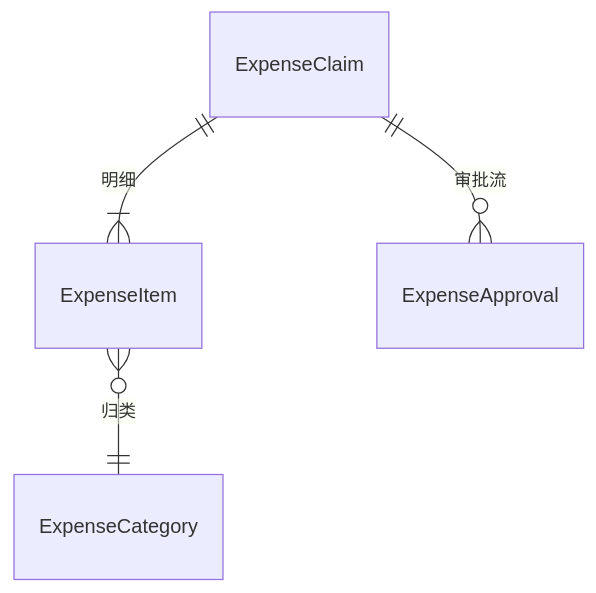
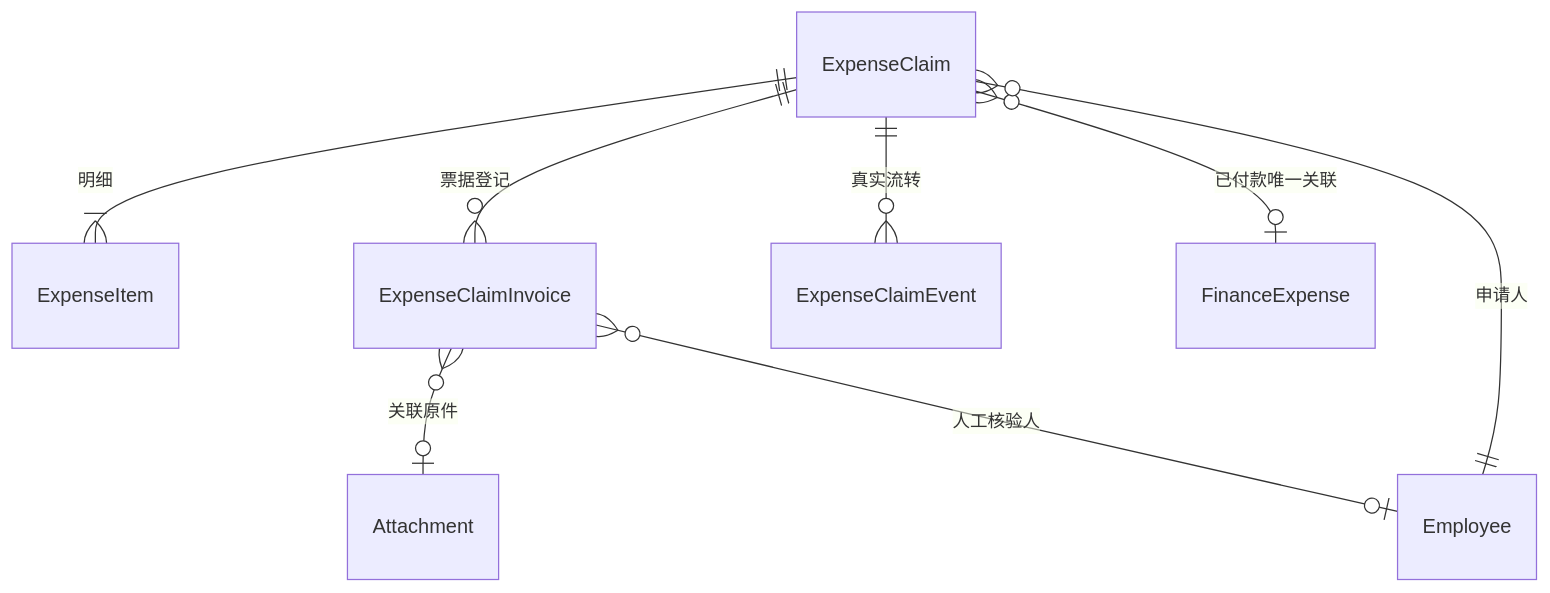
One commit to BruceChu0424/utenelec_imp changed the seventh of 17 diagrams in docs/04-数据模型/ER草图.md. Above: the diagram before and after it, drawn with Mermaid. The commit also changed other lines of this file and 737 other files, not shown here.

````diff
--- a/docs/04-数据模型/ER草图.md
+++ b/docs/04-数据模型/ER草图.md
@@ -158,6 +158,10 @@
 ```mermaid
 erDiagram
     ExpenseClaim ||--|{ ExpenseItem : "明细"
-    ExpenseClaim ||--o{ ExpenseApproval : "审批流"
-    ExpenseItem }o--|| ExpenseCategory : "归类"
+    ExpenseClaim ||--o{ ExpenseClaimInvoice : "票据登记"
+    ExpenseClaim ||--o{ ExpenseClaimEvent : "真实流转"
+    ExpenseClaimInvoice }o--o| Attachment : "关联原件"
+    ExpenseClaimInvoice }o--o| Employee : "人工核验人"
+    ExpenseClaim }o--o| FinanceExpense : "已付款唯一关联"
+    ExpenseClaim }o--|| Employee : "申请人"
 ```
````
